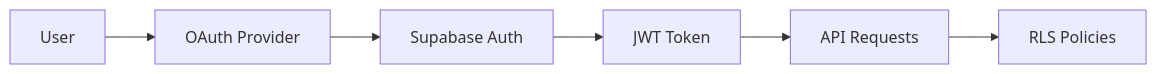
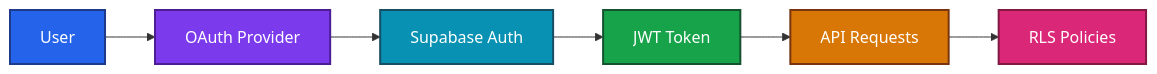
One commit to Adam-Blf/Echo changed the eighth of 10 diagrams in docs/ARCHITECTURE.md. Above: the diagram before and after it, drawn with Mermaid. The commit also changed other lines of this file and 2 other files, not shown here.

First line of the commit message:
docs: add colors to mermaid diagrams (#9)

````diff
--- a/docs/ARCHITECTURE.md
+++ b/docs/ARCHITECTURE.md
@@ -341,8 +372,21 @@
 ```mermaid
 graph LR
     A[User] --> B[OAuth Provider]
     B --> C[Supabase Auth]
     C --> D[JWT Token]
     D --> E[API Requests]
     E --> F[RLS Policies]
+
+    classDef c0 fill:#2563eb,stroke:#1e3a8a,stroke-width:2px,color:#ffffff
+    classDef c1 fill:#7c3aed,stroke:#4c1d95,stroke-width:2px,color:#ffffff
+    classDef c2 fill:#0891b2,stroke:#164e63,stroke-width:2px,color:#ffffff
+    classDef c3 fill:#16a34a,stroke:#14532d,stroke-width:2px,color:#ffffff
+    classDef c4 fill:#d97706,stroke:#78350f,stroke-width:2px,color:#ffffff
+    classDef c5 fill:#db2777,stroke:#831843,stroke-width:2px,color:#ffffff
+    class A c0
+    class B c1
+    class C c2
+    class D c3
+    class E c4
+    class F c5
 ```
````
